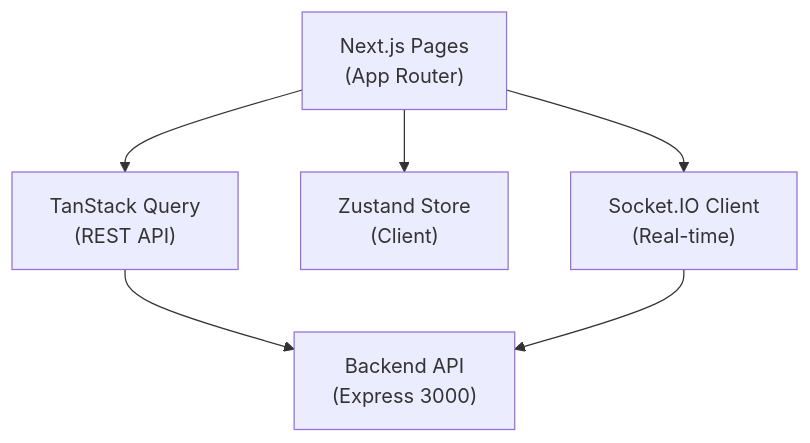
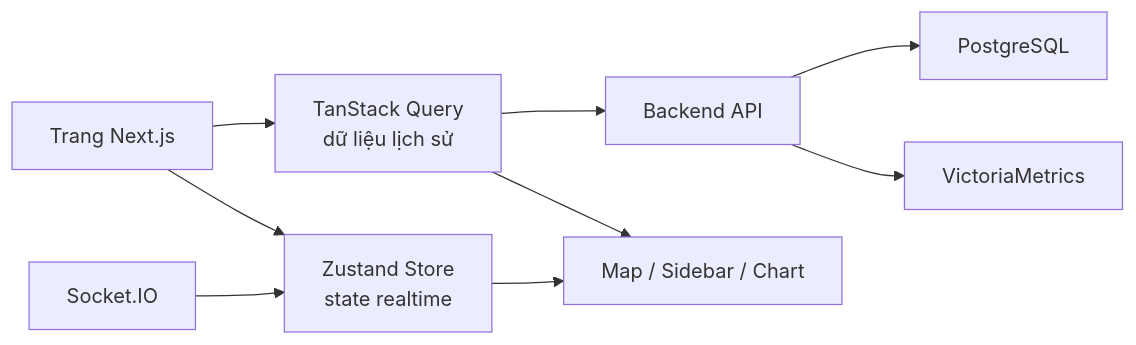
One commit to anmh1205/IoT_Vehicle_Tracking_System changed the diagram in tmp-mermaid/thesis-99-bao-cao-thesis-hoan-chinh-05.mmd. Above: the diagram before and after it, drawn with Mermaid. The commit also changed 257 other files, not shown here.

First line of the commit message:
update: Add Mermaid diagrams and theme configuration for tracking system

```diff
--- a/tmp-mermaid/thesis-99-bao-cao-thesis-hoan-chinh-05.mmd
+++ b/tmp-mermaid/thesis-99-bao-cao-thesis-hoan-chinh-05.mmd
@@ -1,12 +1,9 @@
-graph TD
-    Pages["Next.js Pages<br>(App Router)"]
-    TQ["TanStack Query<br>(REST API)"]
-    Zustand["Zustand Store<br>(Client)"]
-    SocketIO["Socket.IO Client<br>(Real-time)"]
-    Backend["Backend API<br>(Express 3000)"]
-
-    Pages --> TQ
-    Pages --> Zustand
-    Pages --> SocketIO
-    TQ --> Backend
-    SocketIO --> Backend
+flowchart LR
+    UI["Trang Next.js"] --> Query["TanStack Query<br/>dữ liệu lịch sử"]
+    UI --> Store["Zustand Store<br/>state realtime"]
+    Query --> Api["Backend API"]
+    Api --> Pg["PostgreSQL"]
+    Api --> Vm["VictoriaMetrics"]
+    Socket["Socket.IO"] --> Store
+    Store --> Map["Map / Sidebar / Chart"]
+    Query --> Map
```
